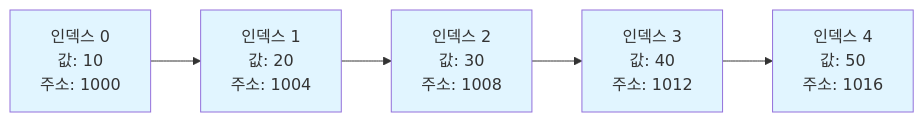
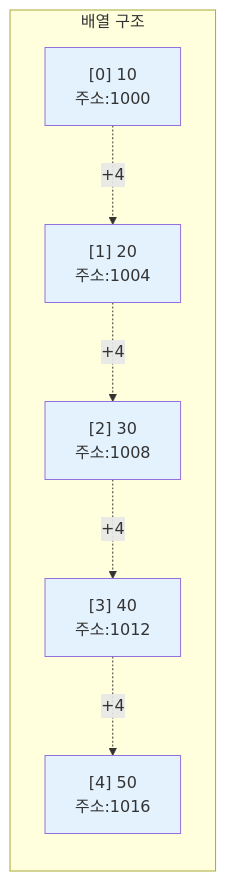
One commit to nugurejeil/weniVooks changed the first of 3 diagrams in _md/essentials-codingtest/chapter03/03-1.md. Above: the diagram before and after it, drawn with Mermaid. The commit also changed other lines of this file and 4 other files, not shown here.

````diff
--- a/_md/essentials-codingtest/chapter03/03-1.md
+++ b/_md/essentials-codingtest/chapter03/03-1.md
@@ -29,13 +15,15 @@
 ```mermaid
 graph LR
-    A["인덱스 0<br/>값: 10<br/>주소: 1000"] --> B["인덱스 1<br/>값: 20<br/>주소: 1004"]
-    B --> C["인덱스 2<br/>값: 30<br/>주소: 1008"]
-    C --> D["인덱스 3<br/>값: 40<br/>주소: 1012"]
-    D --> E["인덱스 4<br/>값: 50<br/>주소: 1016"]
+    subgraph "배열 구조"
+        A["[0] 10<br/>주소:1000"] -.->|+4| B["[1] 20<br/>주소:1004"]
+        B -.->|+4| C["[2] 30<br/>주소:1008"]
+        C -.->|+4| D["[3] 40<br/>주소:1012"]
+        D -.->|+4| E["[4] 50<br/>주소:1016"]
+    end
 
-    style A fill:#e1f5ff
-    style B fill:#e1f5ff
-    style C fill:#e1f5ff
-    style D fill:#e1f5ff
-    style E fill:#e1f5ff
+    style A fill:#e3f2fd
+    style B fill:#e3f2fd
+    style C fill:#e3f2fd
+    style D fill:#e3f2fd
+    style E fill:#e3f2fd
 ```
````
